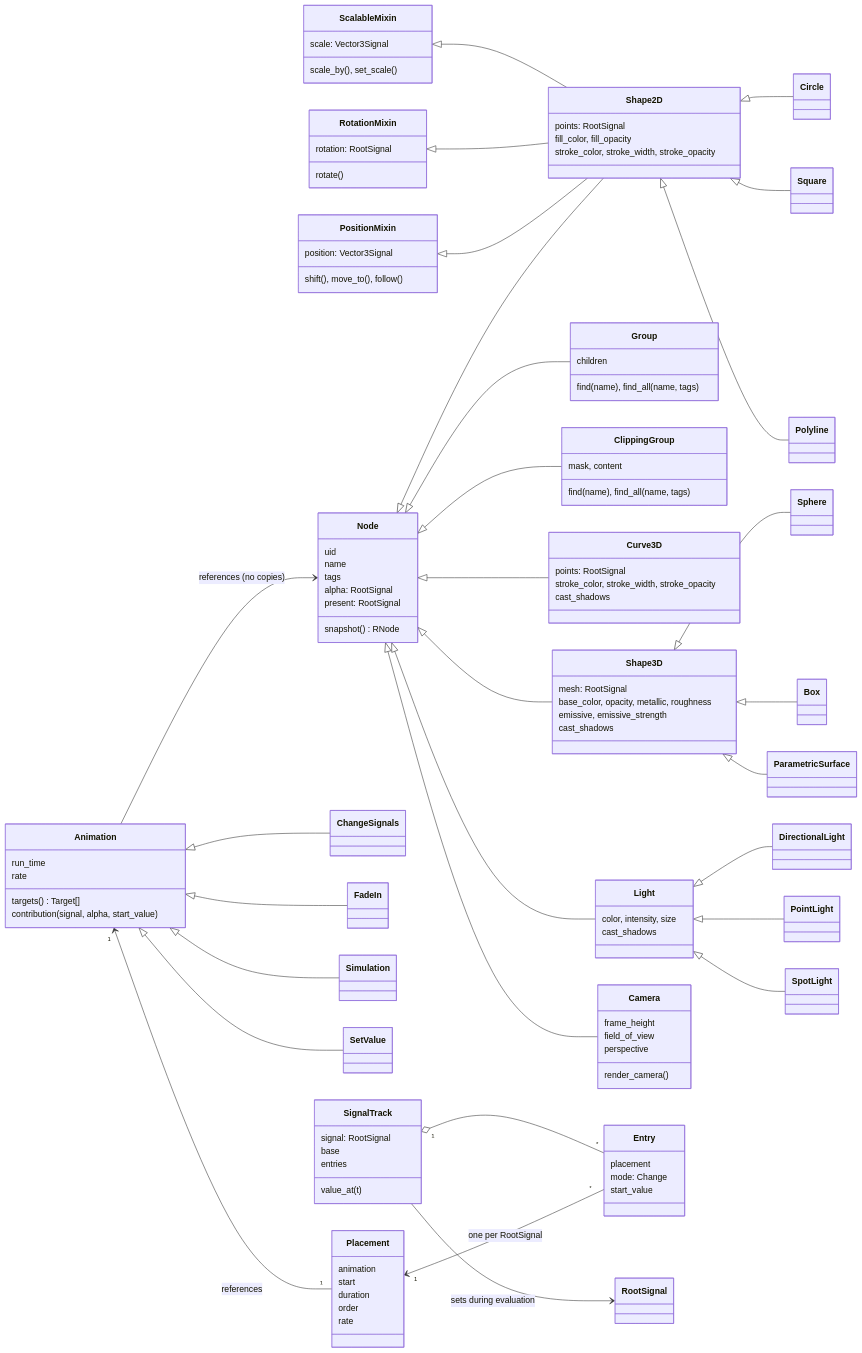
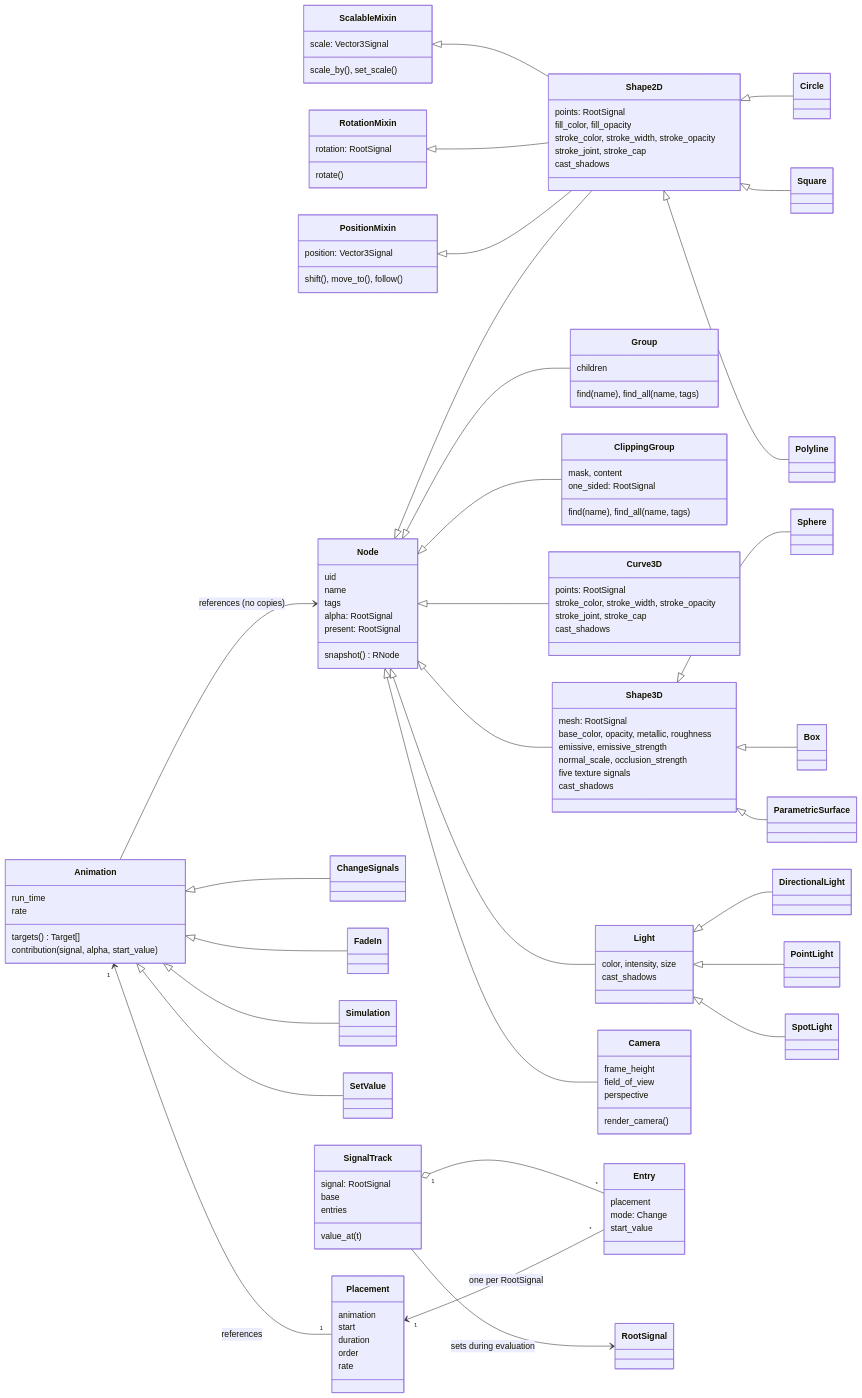
Before and after one commit to MrDiver/manim: the third of 8 diagrams in manimx/ARCHITECTURE.md, drawn with Mermaid. The commit also changed other lines of this file and 12 other files, not shown here.

```diff
--- a/manimx/ARCHITECTURE.md
+++ b/manimx/ARCHITECTURE.md
@@ -176,6 +176,8 @@
         points: RootSignal
         fill_color, fill_opacity
         stroke_color, stroke_width, stroke_opacity
+        stroke_joint, stroke_cap
+        cast_shadows
     }
     class Group {
         children
@@ -183,17 +185,21 @@
     }
     class ClippingGroup {
         mask, content
+        one_sided: RootSignal
         find(name), find_all(name, tags)
     }
     class Curve3D {
         points: RootSignal
         stroke_color, stroke_width, stroke_opacity
+        stroke_joint, stroke_cap
         cast_shadows
     }
     class Shape3D {
         mesh: RootSignal
         base_color, opacity, metallic, roughness
         emissive, emissive_strength
+        normal_scale, occlusion_strength
+        five texture signals
         cast_shadows
     }
     class Light {
```
